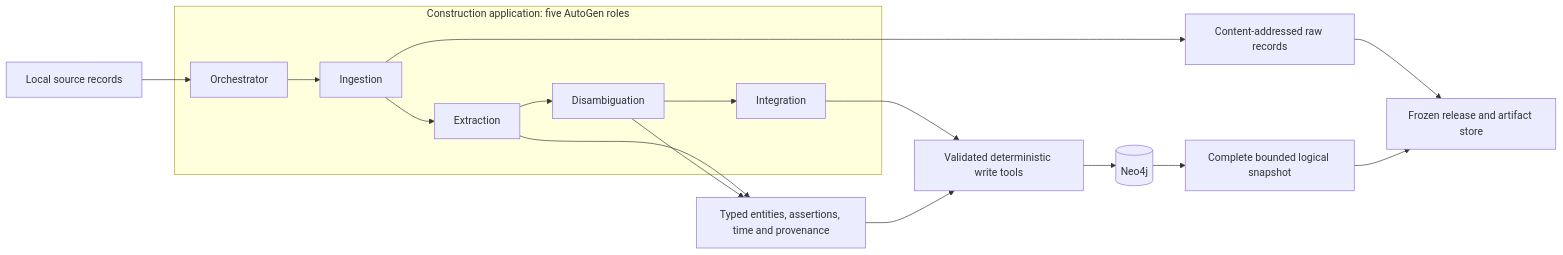
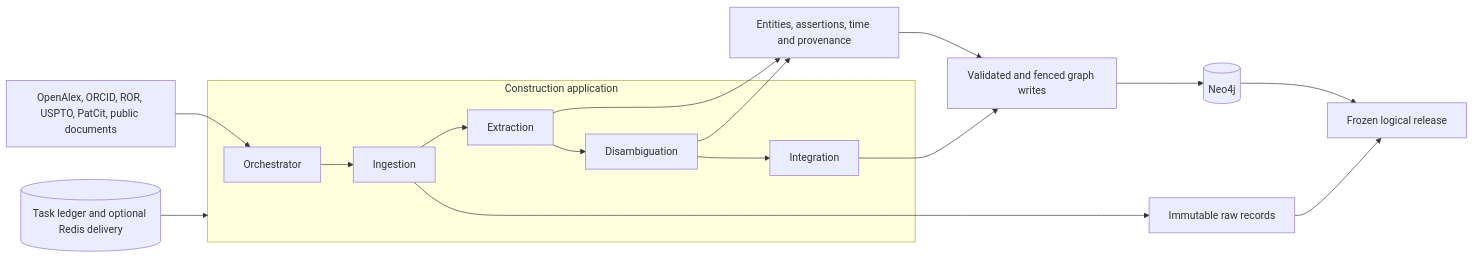
The first of 3 diagrams in README.md (ur6yr/knowledge-diffusion), drawn with Mermaid before and after one commit. The commit also changed other lines of this file and 74 other files, not shown here.

````diff
--- a/README.md
+++ b/README.md
@@ -33,17 +28,17 @@
 ```mermaid
 flowchart LR
-    INPUT["Local source records"] --> O["Orchestrator"]
-    subgraph CONSTRUCTION["Construction application: five AutoGen roles"]
-        O --> I["Ingestion"] --> E["Extraction"]
+    SOURCES["OpenAlex, ORCID, ROR, USPTO, PatCit, public documents"] --> O
+    subgraph BUILD["Construction application"]
+        O["Orchestrator"] --> I["Ingestion"] --> E["Extraction"]
         E --> D["Disambiguation"] --> N["Integration"]
     end
-    I --> RAW["Content-addressed raw records"]
-    E --> CONTRACT["Typed entities, assertions, time and provenance"]
+    I --> RAW["Immutable raw records"]
+    E --> CONTRACT["Entities, assertions, time and provenance"]
     D --> CONTRACT
-    N --> TOOLS["Validated deterministic write tools"]
-    CONTRACT --> TOOLS
-    TOOLS --> GRAPH[("Neo4j")]
-    GRAPH --> FREEZE["Complete bounded logical snapshot"]
-    RAW --> RELEASE["Frozen release and artifact store"]
-    FREEZE --> RELEASE
+    CONTRACT --> WRITE["Validated and fenced graph writes"]
+    N --> WRITE
+    WRITE --> GRAPH[("Neo4j")]
+    GRAPH --> RELEASE["Frozen logical release"]
+    RAW --> RELEASE
+    STATE[("Task ledger and optional Redis delivery")] --> BUILD
 ```
````
